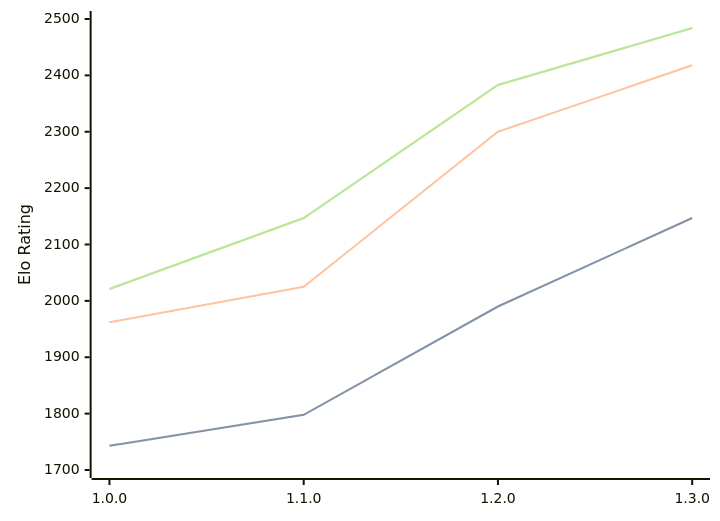
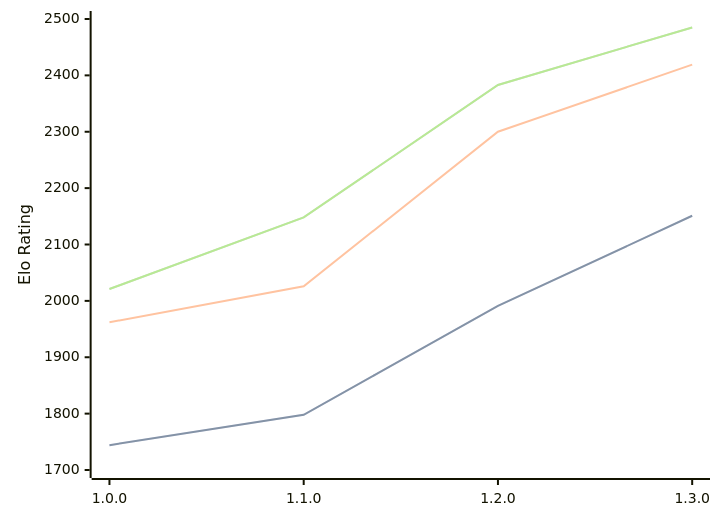
One commit to computer-chess-index/cci changed the diagram in engines/Anodos.md. Above: the diagram before and after it, drawn with Mermaid. The commit also changed other lines of this file, not shown here.

Commit message:
Update CCI Ratings (ELO VLTC) - 2026-08-21

````diff
--- a/engines/Anodos.md
+++ b/engines/Anodos.md
@@ -34,11 +34,11 @@
 ```mermaid
 %%{init: {"theme":"base","themeVariables":{"seriesColors:['#a3a3a3','#222221','#faa371']}}}%%
 xychart-beta
   x-axis ["1.0.0", "1.1.0", "1.2.0", "1.3.0"]
   y-axis "Elo Rating" 1700 --> 2500
-  line "STC (8.0+0.08s)" [1743, 1798, 1990, 2147]
-  line "STC (8.0+0.08s)" [1743, 1798, 1990, 2147]
-  line "LTC (60.0+0.60s)" [1962, 2025, 2300, 2418]
-  line "VLTC (2m24s+1.12s)" [2021, 2147, 2383, 2484]
-  line "VLTC (2m24s+1.12s)" [2021, 2147, 2383, 2484]
+  line "STC (8.0+0.08s)" [1744, 1798, 1991, 2151]
+  line "STC (8.0+0.08s)" [1744, 1798, 1991, 2151]
+  line "LTC (60.0+0.60s)" [1962, 2026, 2300, 2419]
+  line "VLTC (2m24s+1.12s)" [2021, 2148, 2383, 2485]
+  line "VLTC (2m24s+1.12s)" [2021, 2148, 2383, 2485]
 ```
````
